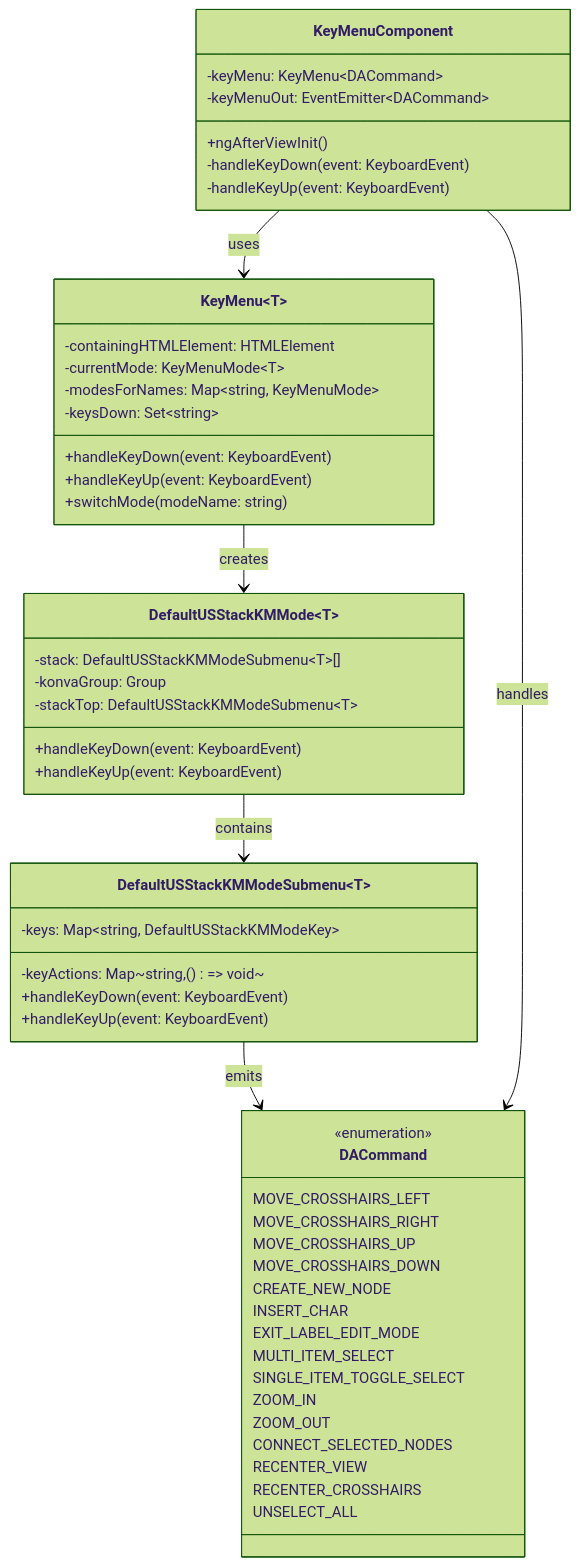
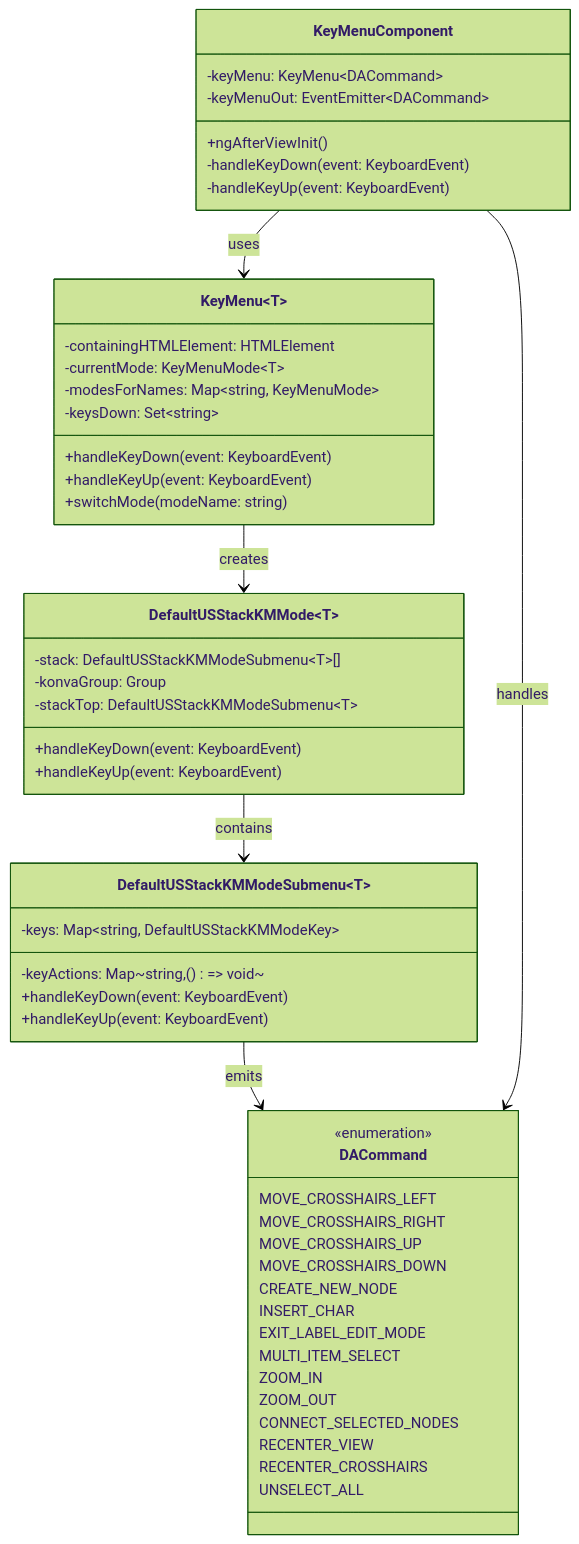
One commit to bnjmnbrmn/kidraw changed the second of 6 diagrams in docs/uml-diagrams.md. Above: the diagram before and after it, drawn with Mermaid (forest theme). The commit also changed 9 other files, not shown here.

First line of the commit message:
Retire SINGLE_ITEM_TOGGLE_SELECT; the edit keys select what is highlighted

````diff
--- a/docs/uml-diagrams.md
+++ b/docs/uml-diagrams.md
@@ -83,60 +83,59 @@
 ```mermaid
 classDiagram
     class KeyMenuComponent {
         -keyMenu: KeyMenu~DACommand~
         -keyMenuOut: EventEmitter~DACommand~
         +ngAfterViewInit()
         -handleKeyDown(event: KeyboardEvent)
         -handleKeyUp(event: KeyboardEvent)
     }
 
     class KeyMenu~T~ {
         -containingHTMLElement: HTMLElement
         -currentMode: KeyMenuMode~T~
         -modesForNames: Map~string, KeyMenuMode~
         -keysDown: Set~string~
         +handleKeyDown(event: KeyboardEvent)
         +handleKeyUp(event: KeyboardEvent)
         +switchMode(modeName: string)
     }
 
     class DefaultUSStackKMMode~T~ {
         -stack: DefaultUSStackKMModeSubmenu~T~[]
         -konvaGroup: Group
         +handleKeyDown(event: KeyboardEvent)
         +handleKeyUp(event: KeyboardEvent)
         -stackTop: DefaultUSStackKMModeSubmenu~T~
     }
 
     class DefaultUSStackKMModeSubmenu~T~ {
         -keys: Map~string, DefaultUSStackKMModeKey~
         -keyActions: Map~string, () => void~
         +handleKeyDown(event: KeyboardEvent)
         +handleKeyUp(event: KeyboardEvent)
     }
 
     class DACommand {
         <<enumeration>>
         MOVE_CROSSHAIRS_LEFT
         MOVE_CROSSHAIRS_RIGHT
         MOVE_CROSSHAIRS_UP
         MOVE_CROSSHAIRS_DOWN
         CREATE_NEW_NODE
         INSERT_CHAR
         EXIT_LABEL_EDIT_MODE
         MULTI_ITEM_SELECT
-        SINGLE_ITEM_TOGGLE_SELECT
         ZOOM_IN
         ZOOM_OUT
         CONNECT_SELECTED_NODES
         RECENTER_VIEW
         RECENTER_CROSSHAIRS
         UNSELECT_ALL
     }
 
     KeyMenuComponent --> KeyMenu : uses
     KeyMenu --> DefaultUSStackKMMode : creates
     DefaultUSStackKMMode --> DefaultUSStackKMModeSubmenu : contains
     DefaultUSStackKMModeSubmenu --> DACommand : emits
     KeyMenuComponent --> DACommand : handles
 ```
````
